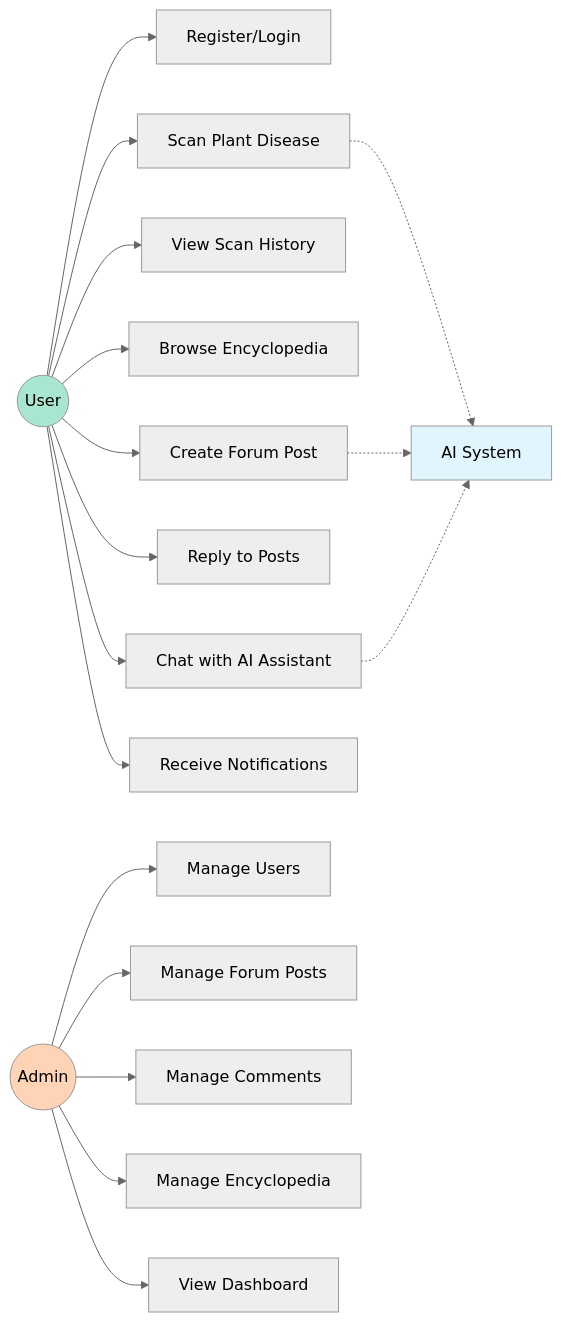
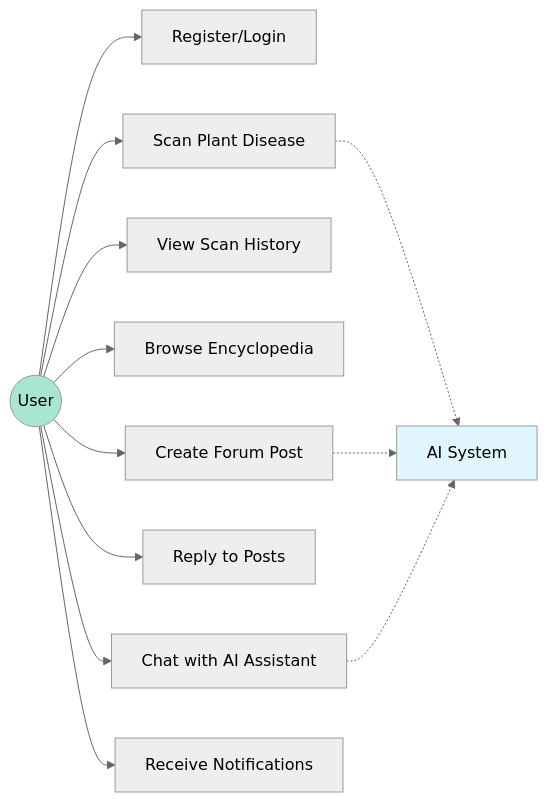
Before and after one commit to abdullah2323442/practice: the second of 15 diagrams in system documentation.md, drawn with Mermaid (neutral theme). The commit also changed other lines of this file, not shown here.

Commit message:
Revise use case diagrams for users and admins

````diff
--- a/system documentation.md
+++ b/system documentation.md
@@ -59,29 +59,21 @@
 ```mermaid
 graph LR
     User((User))
-    Admin((Admin))
     AI[AI System]
     
     User --> UC1[Register/Login]
     User --> UC2[Scan Plant Disease]
     User --> UC3[View Scan History]
     User --> UC4[Browse Encyclopedia]
     User --> UC5[Create Forum Post]
     User --> UC6[Reply to Posts]
     User --> UC7[Chat with AI Assistant]
     User --> UC8[Receive Notifications]
     
-    Admin --> UC9[Manage Users]
-    Admin --> UC10[Manage Forum Posts]
-    Admin --> UC11[Manage Comments]
-    Admin --> UC12[Manage Encyclopedia]
-    Admin --> UC13[View Dashboard]
-    
     UC2 -.-> AI
     UC5 -.-> AI
     UC7 -.-> AI
     
     style User fill:#a8e6cf
-    style Admin fill:#ffd3b6
     style AI fill:#e1f5ff
 ```
````
